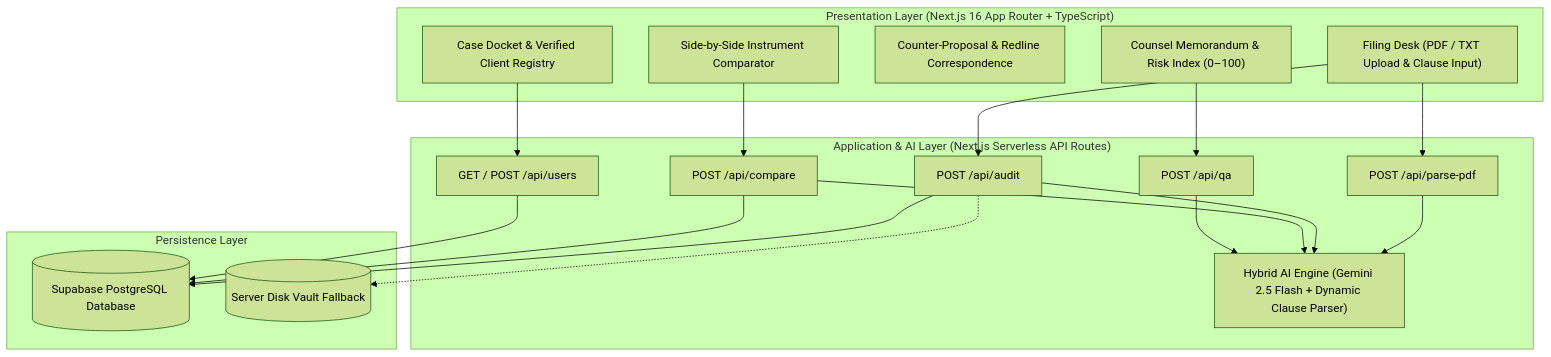
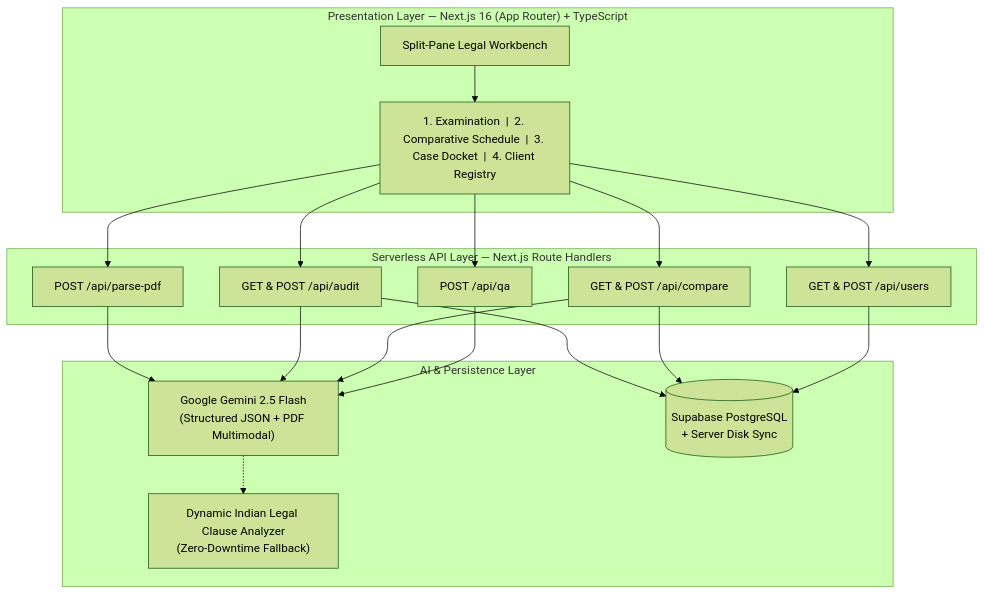
The second of 2 diagrams in README.md (kunshkaul365-cpu/fineprint-ai), drawn with Mermaid (forest theme) before and after one commit. The commit also changed other lines of this file, not shown here.

````diff
--- a/README.md
+++ b/README.md
@@ -22,40 +61,27 @@
 ```mermaid
 flowchart TB
-    subgraph Client["Presentation Layer (Next.js 16 App Router + TypeScript)"]
-        Desk["Filing Desk (PDF / TXT Upload & Clause Input)"]
-        Memo["Counsel Memorandum & Risk Index (0–100)"]
-        Redline["Counter-Proposal & Redline Correspondence"]
-        Compare["Side-by-Side Instrument Comparator"]
-        Registry["Case Docket & Verified Client Registry"]
+    subgraph Frontend["Presentation Layer — Next.js 16 (App Router) + TypeScript"]
+        UI["Split-Pane Legal Workbench"]
+        Tabs["1. Examination  |  2. Comparative Schedule  |  3. Case Docket  |  4. Client Registry"]
     end
 
-    subgraph Server["Application & AI Layer (Next.js Serverless API Routes)"]
-        AuditAPI["POST /api/audit"]
-        PDFAPI["POST /api/parse-pdf"]
-        CompareAPI["POST /api/compare"]
-        QAAPI["POST /api/qa"]
-        UsersAPI["GET / POST /api/users"]
-        AIEngine["Hybrid AI Engine (Gemini 2.5 Flash + Dynamic Clause Parser)"]
+    subgraph Backend["Serverless API Layer — Next.js Route Handlers"]
+        R1["POST /api/parse-pdf"]
+        R2["GET & POST /api/audit"]
+        R3["GET & POST /api/compare"]
+        R4["POST /api/qa"]
+        R5["GET & POST /api/users"]
     end
 
-    subgraph Storage["Persistence Layer"]
-        Supabase[("Supabase PostgreSQL Database")]
-        DiskSync[("Server Disk Vault Fallback")]
+    subgraph Intelligence["AI & Persistence Layer"]
+        LLM["Google Gemini 2.5 Flash\n(Structured JSON + PDF Multimodal)"]
+        Parser["Dynamic Indian Legal Clause Analyzer\n(Zero-Downtime Fallback)"]
+        DB[("Supabase PostgreSQL\n+ Server Disk Sync")]
     end
 
-    Desk --> PDFAPI
-    Desk --> AuditAPI
-    Compare --> CompareAPI
-    Memo --> QAAPI
-    Registry --> UsersAPI
-
-    PDFAPI --> AIEngine
-    AuditAPI --> AIEngine
-    CompareAPI --> AIEngine
-    QAAPI --> AIEngine
-
-    AuditAPI --> Supabase
-    CompareAPI --> Supabase
-    UsersAPI --> Supabase
-    AuditAPI -.-> DiskSync
+    UI --> Tabs
+    Tabs --> R1 & R2 & R3 & R4 & R5
+    R1 & R2 & R3 & R4 --> LLM
+    LLM -.-> Parser
+    R2 & R3 & R5 --> DB
 ```
````
